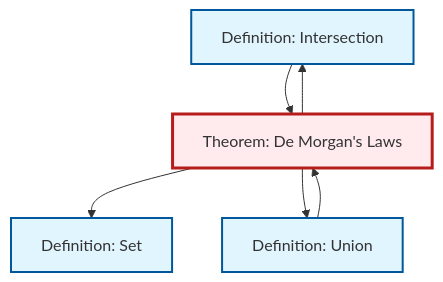
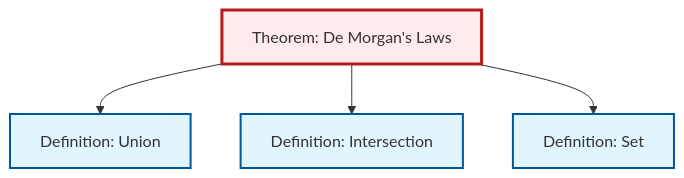
One commit to RK0429/ModernMath changed the diagram in content/en/logic-set-theory/thm-de-morgan.qmd. Above: the diagram before and after it, drawn with Mermaid. The commit also changed 511 other files, not shown here.

````diff
--- a/content/en/logic-set-theory/thm-de-morgan.qmd
+++ b/content/en/logic-set-theory/thm-de-morgan.qmd
@@ -78,23 +78,17 @@
 ```{mermaid}
 %%| fig-cap: "Local dependency graph"
 graph TD
     classDef definition fill:#e1f5fe,stroke:#01579b,stroke-width:2px
     classDef theorem fill:#f3e5f5,stroke:#4a148c,stroke-width:2px
     classDef axiom fill:#fff3e0,stroke:#e65100,stroke-width:2px
     classDef example fill:#e8f5e9,stroke:#1b5e20,stroke-width:2px
     classDef current fill:#ffebee,stroke:#b71c1c,stroke-width:3px
+    def-union["Definition: Union"]:::definition
     def-intersection["Definition: Intersection"]:::definition
-    def-union["Definition: Union"]:::definition
     def-set["Definition: Set"]:::definition
     thm-de-morgan["Theorem: De Morgan's Laws"]:::theorem
+    thm-de-morgan --> def-union
+    thm-de-morgan --> def-intersection
     thm-de-morgan --> def-set
-    thm-de-morgan --> def-union
-    def-union --> thm-de-morgan
-    def-intersection --> thm-de-morgan
-    thm-de-morgan --> def-intersection
     class thm-de-morgan current
-
-    click def-intersection "def-intersection.html" "Go to Intersection definition"
-    click def-union "def-union.html" "Go to Union definition"
-    click def-set "def-set.html" "Go to Set definition"
 ```
````
